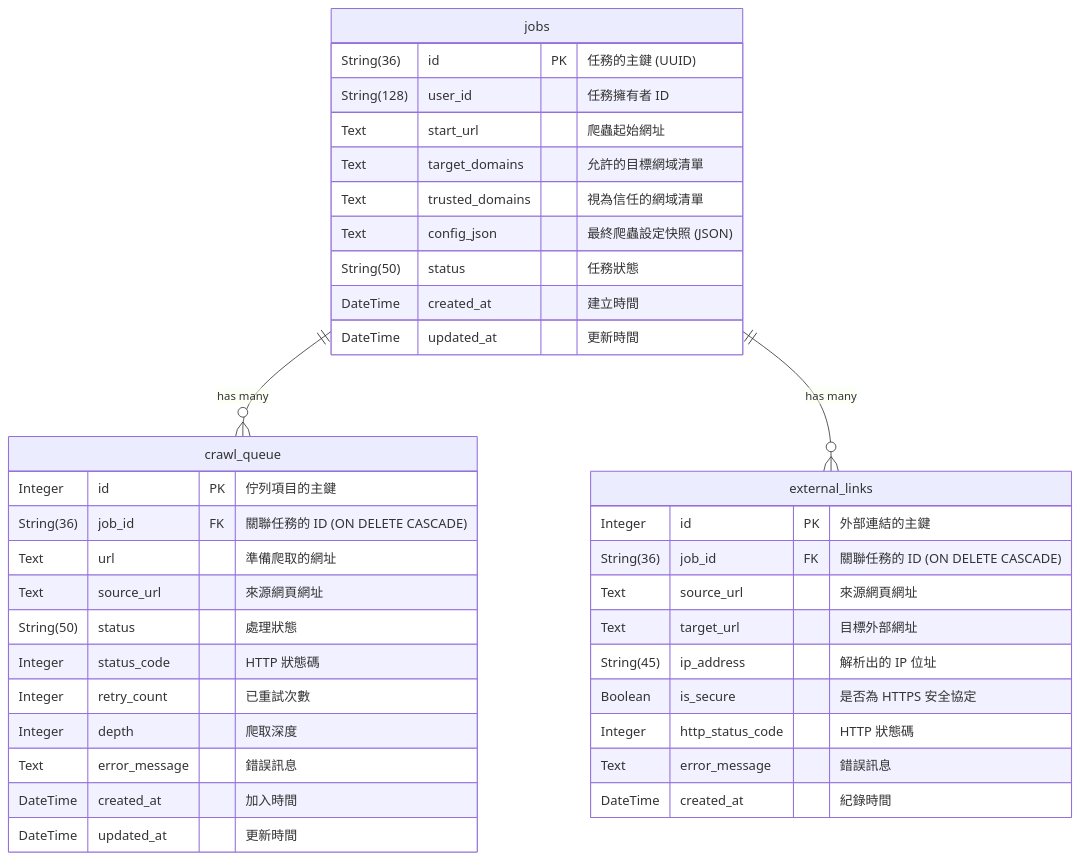
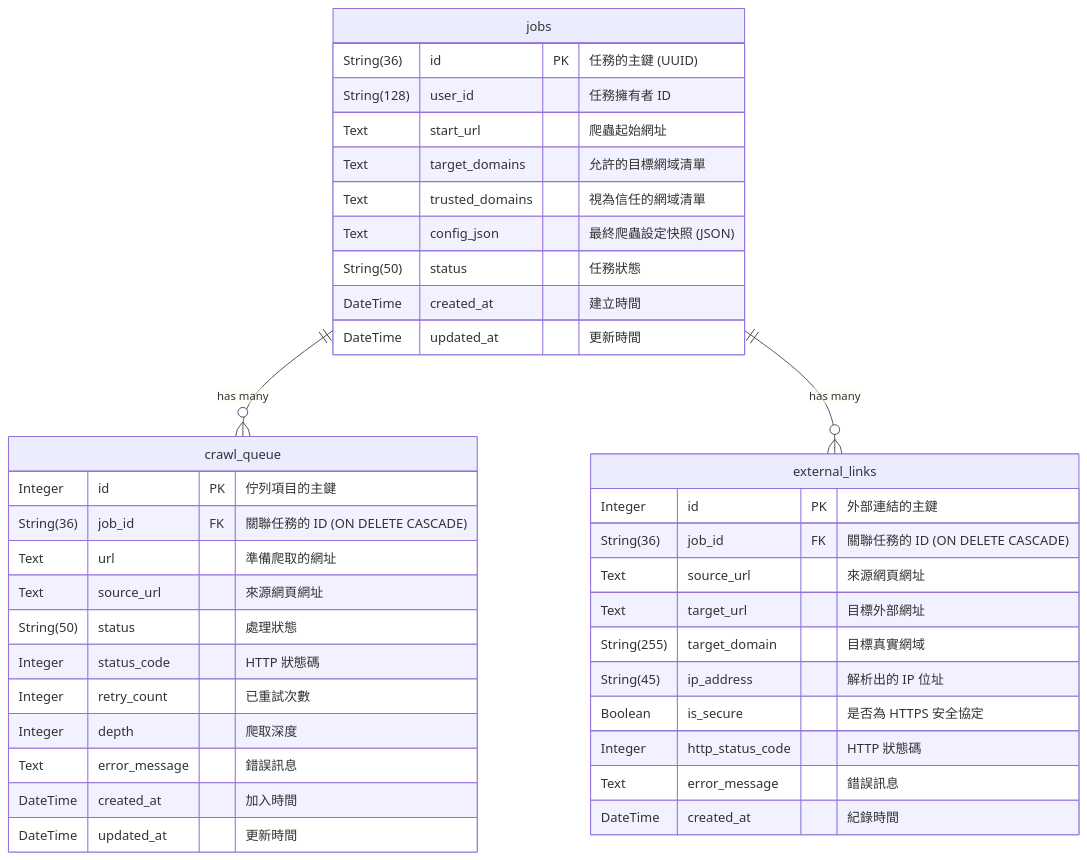
Before and after one commit to mfhsieh/link-checker: the second of 2 diagrams in doc/db_schema.md, drawn with Mermaid. The commit also changed other lines of this file and 46 other files, not shown here.

````diff
--- a/doc/db_schema.md
+++ b/doc/db_schema.md
@@ -185,40 +197,41 @@
 ```mermaid
 erDiagram
     jobs ||--o{ crawl_queue : "has many"
     jobs ||--o{ external_links : "has many"
     jobs {
         String(36) id PK "任務的主鍵 (UUID)"
         String(128) user_id "任務擁有者 ID"
         Text start_url "爬蟲起始網址"
         Text target_domains "允許的目標網域清單"
         Text trusted_domains "視為信任的網域清單"
         Text config_json "最終爬蟲設定快照 (JSON)"
         String(50) status "任務狀態"
         DateTime created_at "建立時間"
         DateTime updated_at "更新時間"
     }
     crawl_queue {
         Integer id PK "佇列項目的主鍵"
         String(36) job_id FK "關聯任務的 ID (ON DELETE CASCADE)"
         Text url "準備爬取的網址"
         Text source_url "來源網頁網址"
         String(50) status "處理狀態"
         Integer status_code "HTTP 狀態碼"
         Integer retry_count "已重試次數"
         Integer depth "爬取深度"
         Text error_message "錯誤訊息"
         DateTime created_at "加入時間"
         DateTime updated_at "更新時間"
     }
     external_links {
         Integer id PK "外部連結的主鍵"
         String(36) job_id FK "關聯任務的 ID (ON DELETE CASCADE)"
         Text source_url "來源網頁網址"
         Text target_url "目標外部網址"
+        String(255) target_domain "目標真實網域"
         String(45) ip_address "解析出的 IP 位址"
         Boolean is_secure "是否為 HTTPS 安全協定"
         Integer http_status_code "HTTP 狀態碼"
         Text error_message "錯誤訊息"
         DateTime created_at "紀錄時間"
     }
 ```
````
